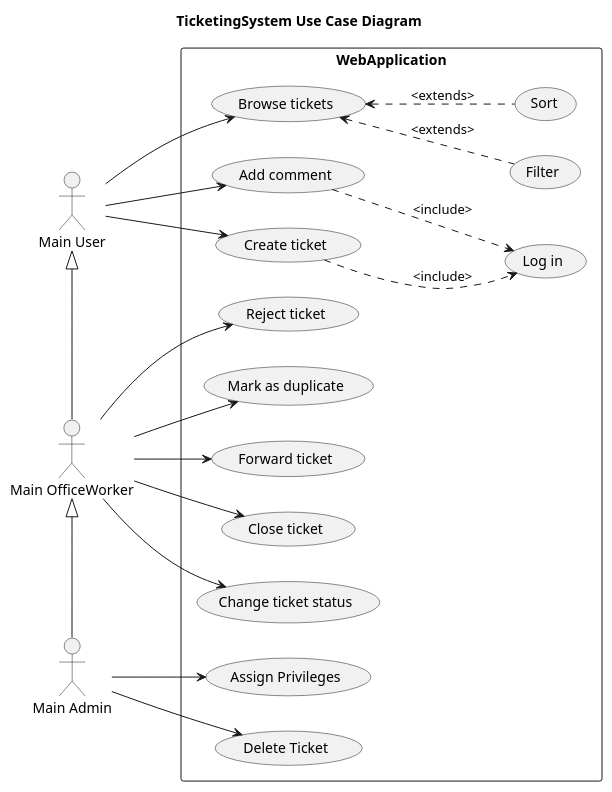
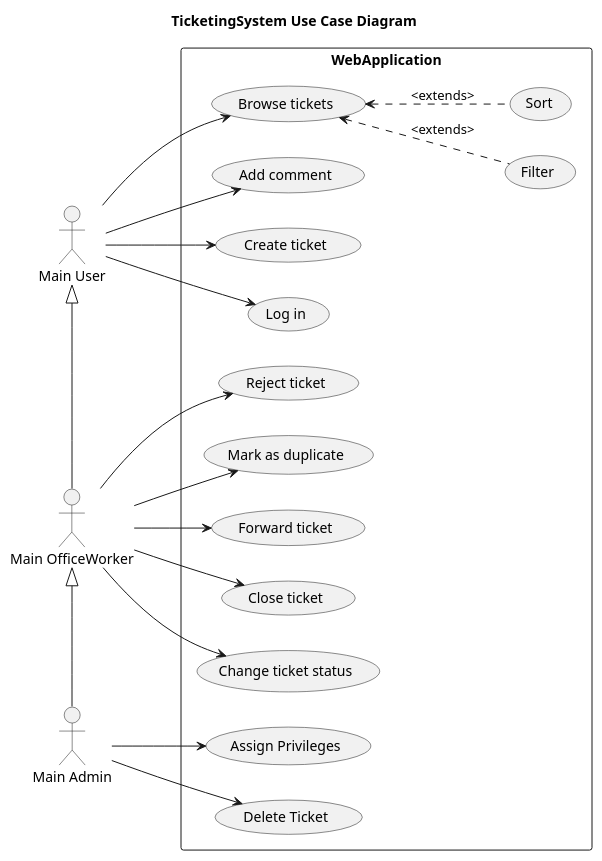
The diagram in TIcketingSystem.puml (ProjectManiacc/TicketingSystem), drawn with PlantUML before and after one commit. The commit also changed 1 other file, not shown here.

```diff
--- a/TIcketingSystem.puml
+++ b/TIcketingSystem.puml
@@ -1,39 +1,37 @@
 @startuml
 title TicketingSystem Use Case Diagram
 left to right direction
 'https://plantuml.com/use-case-diagram
 
 :Main Admin: as Admin
 :Main OfficeWorker: as OfficeWorker
 :Main User: as User
 
 User <|- OfficeWorker
 OfficeWorker <|- Admin
 
 
 rectangle WebApplication {
 OfficeWorker -> (Reject ticket)
 OfficeWorker -> (Mark as duplicate)
 OfficeWorker -> (Forward ticket)
 OfficeWorker -> (Close ticket)
 OfficeWorker -> (Change ticket status)
 
 
 
 User --> (Browse tickets)
 User --> (Add comment)
 User --> (Create ticket)
-
+User --> (Log in)
 (Browse tickets) <.. (Filter): <extends>
 (Browse tickets) <.. (Sort): <extends>
-(Create ticket) ..> (Log in): <include>
-(Add comment) ..> (Log in): <include>
 
 
 Admin --> (Assign Privileges)
 Admin --> (Delete Ticket)
 
 }
 
 
 @enduml
```
